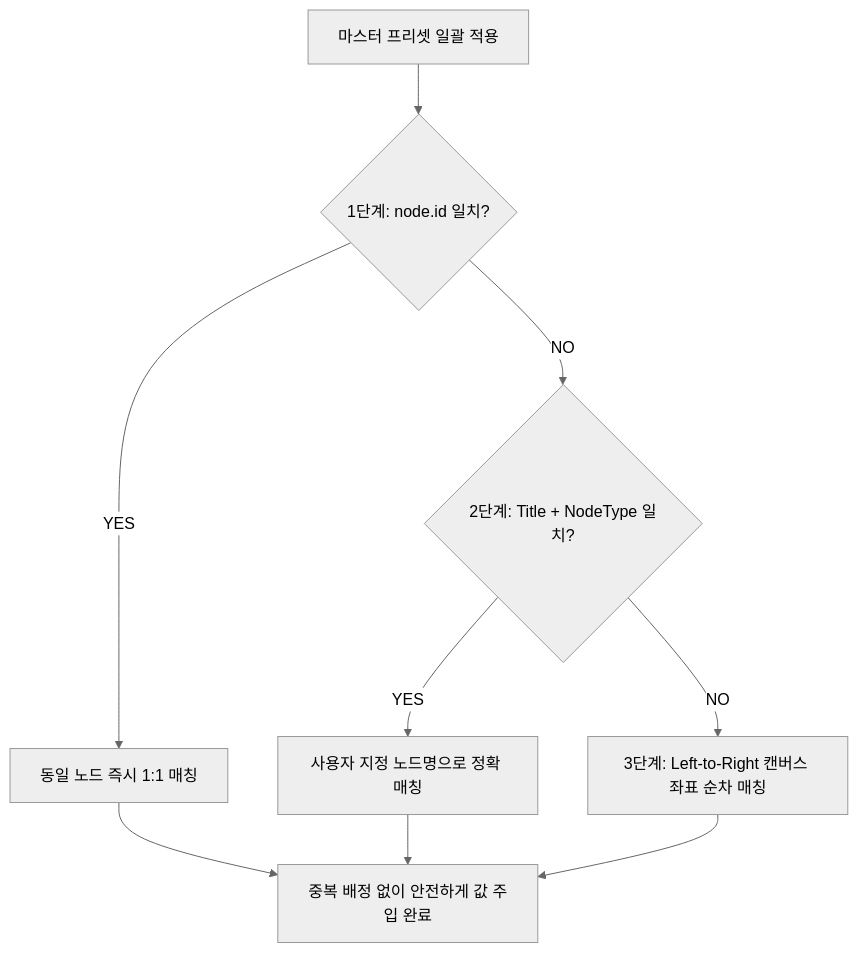
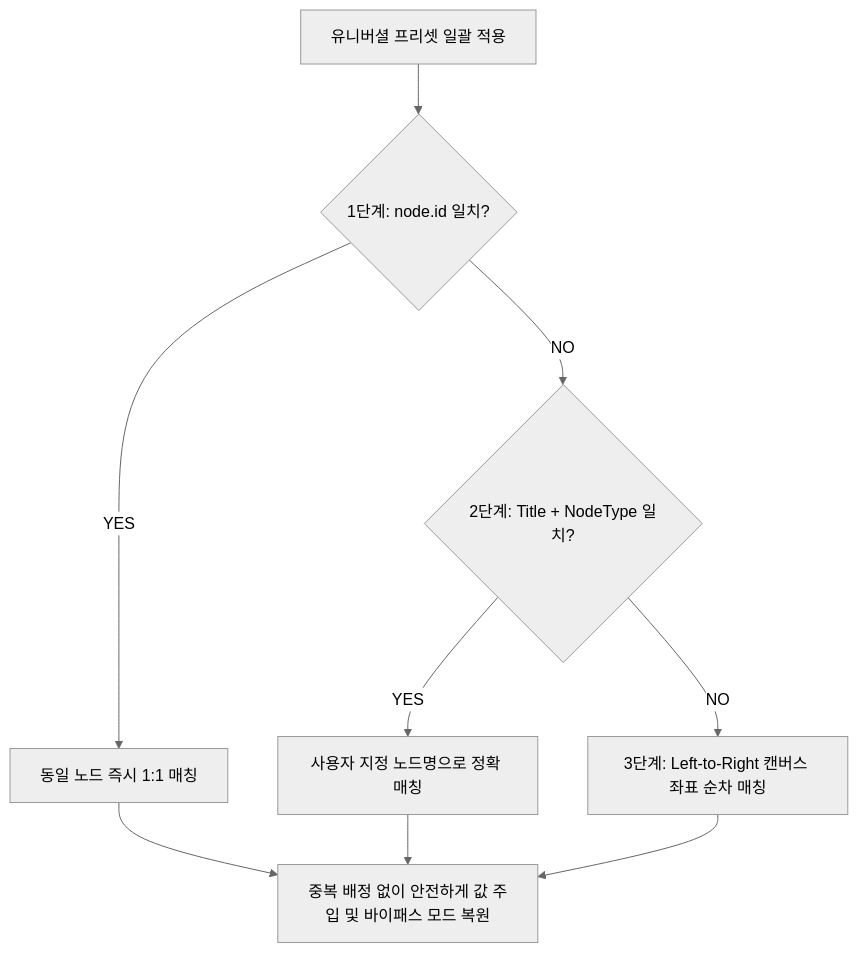
The diagram in README.md (solokjd-eng/ComfyUI-Universal-Smart-Presets), drawn with Mermaid (neutral theme) before and after one commit. The commit also changed other lines of this file and 11 other files, not shown here.

````diff
--- a/README.md
+++ b/README.md
@@ -108,11 +115,11 @@
 ```mermaid
 flowchart TD
-    A[마스터 프리셋 일괄 적용] --> B{1단계: node.id 일치?}
+    A[유니버셜 프리셋 일괄 적용] --> B{1단계: node.id 일치?}
     B -- YES --> C[동일 노드 즉시 1:1 매칭]
     B -- NO --> D{2단계: Title + NodeType 일치?}
     D -- YES --> E[사용자 지정 노드명으로 정확 매칭]
     D -- NO --> F[3단계: Left-to-Right 캔버스 좌표 순차 매칭]
-    F --> G[중복 배정 없이 안전하게 값 주입 완료]
+    F --> G[중복 배정 없이 안전하게 값 주입 및 바이패스 모드 복원]
     C --> G
     E --> G
 ```
````
